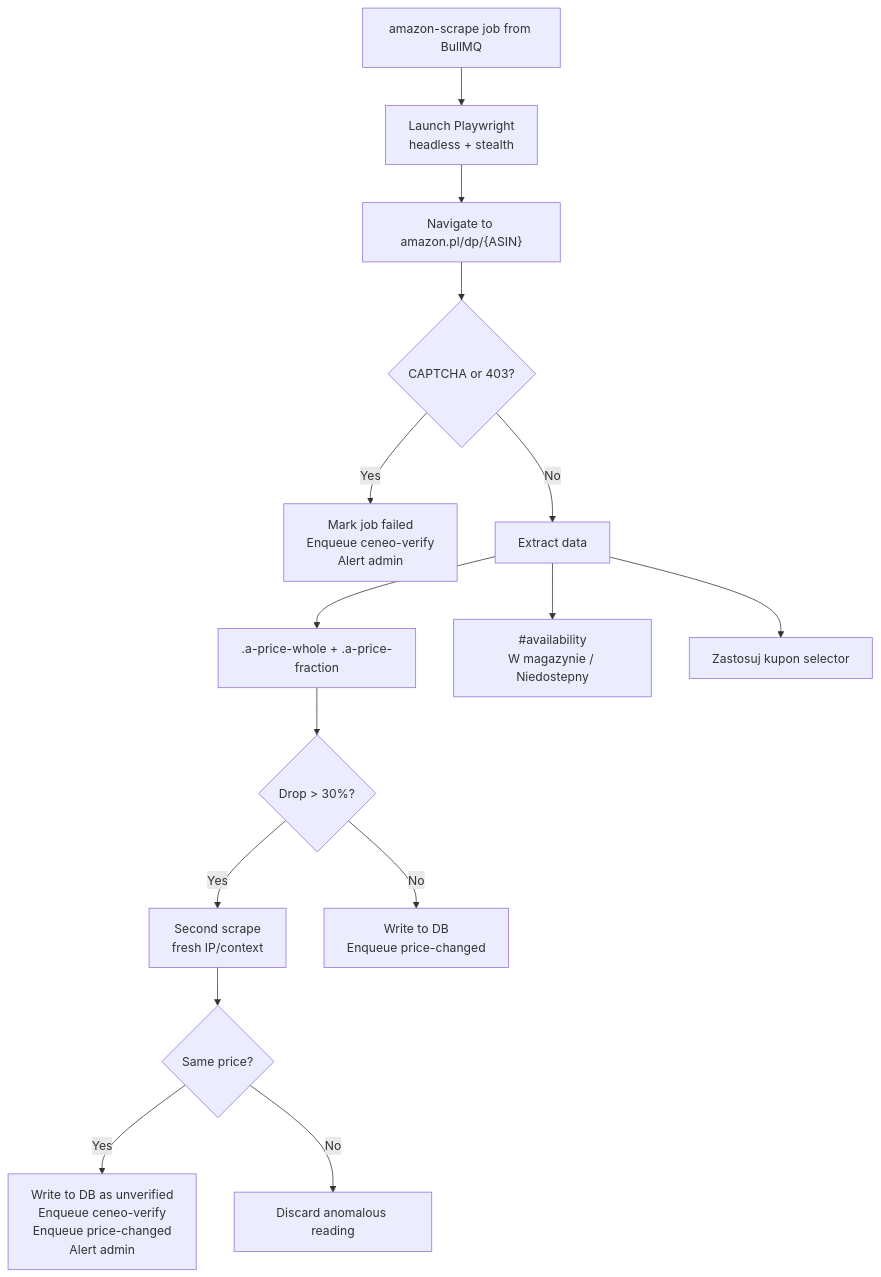
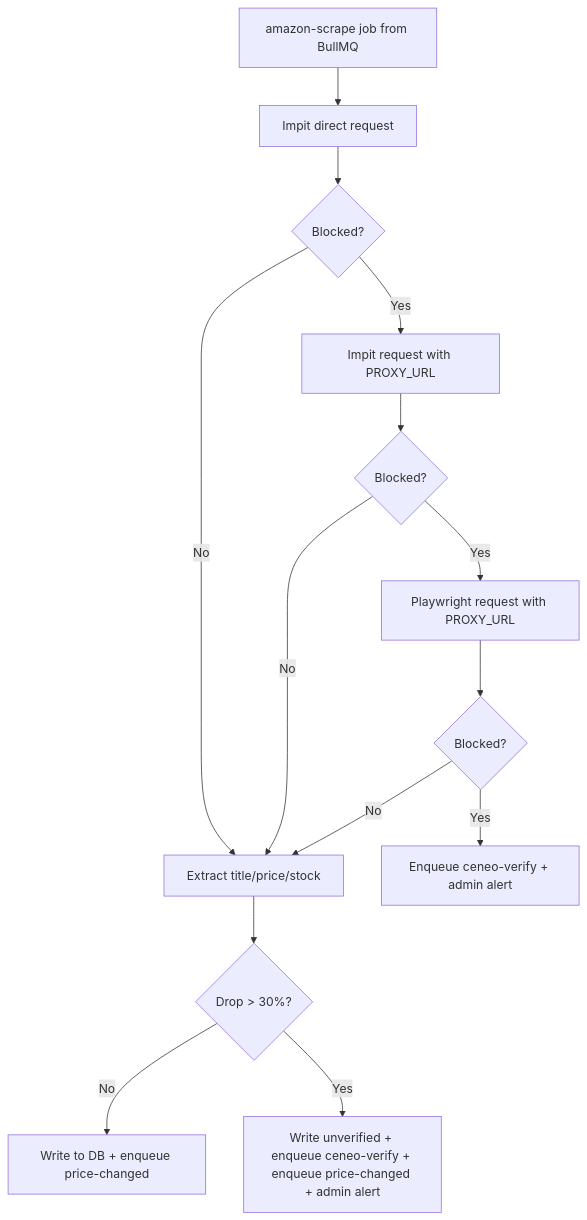
Before and after one commit to k0ff33/amazonpl-price-watch: the first of 2 diagrams in docs/scraper_design.md, drawn with Mermaid. The commit also changed other lines of this file and 12 other files, not shown here.

Commit message:
feat(amazon-scraper): add impit-first fallback and soft-block detection

````diff
--- a/docs/scraper_design.md
+++ b/docs/scraper_design.md
@@ -15,17 +15,16 @@
 ```mermaid
 flowchart TD
-    Job[amazon-scrape job from BullMQ] --> Launch[Launch Playwright<br/>headless + stealth]
-    Launch --> Navigate["Navigate to amazon.pl/dp/{ASIN}"]
-    Navigate --> Check{CAPTCHA or 403?}
-    Check -->|Yes| Blocked[Mark job failed<br/>Enqueue ceneo-verify<br/>Alert admin]
-    Check -->|No| Extract[Extract data]
-    Extract --> Price[".a-price-whole + .a-price-fraction"]
-    Extract --> Stock["#availability<br/>W magazynie / Niedostepny"]
-    Extract --> Coupon["Zastosuj kupon selector"]
-    Price --> Drop{Drop > 30%?}
-    Drop -->|Yes| DoubleCheck[Second scrape<br/>fresh IP/context]
-    DoubleCheck --> Confirm{Same price?}
-    Confirm -->|Yes| WriteUnverified[Write to DB as unverified<br/>Enqueue ceneo-verify<br/>Enqueue price-changed<br/>Alert admin]
-    Confirm -->|No| Discard[Discard anomalous reading]
-    Drop -->|No| Write[Write to DB<br/>Enqueue price-changed]
+    Job[amazon-scrape job from BullMQ] --> D1[Impit direct request]
+    D1 --> B1{Blocked?}
+    B1 -->|No| Extract[Extract title/price/stock]
+    B1 -->|Yes| D2[Impit request with PROXY_URL]
+    D2 --> B2{Blocked?}
+    B2 -->|No| Extract
+    B2 -->|Yes| D3[Playwright request with PROXY_URL]
+    D3 --> B3{Blocked?}
+    B3 -->|No| Extract
+    B3 -->|Yes| Blocked[Enqueue ceneo-verify + admin alert]
+    Extract --> Drop{Drop > 30%?}
+    Drop -->|No| Write[Write to DB + enqueue price-changed]
+    Drop -->|Yes| WriteUnverified[Write unverified + enqueue ceneo-verify + enqueue price-changed + admin alert]
 ```
````
